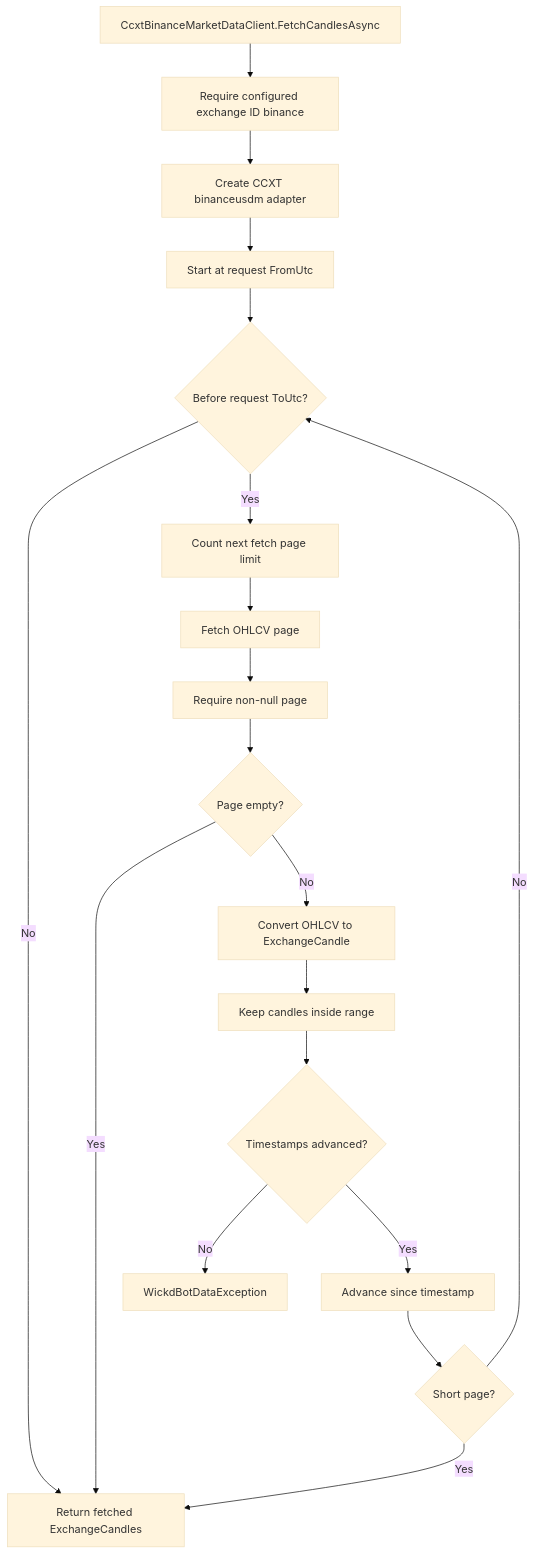
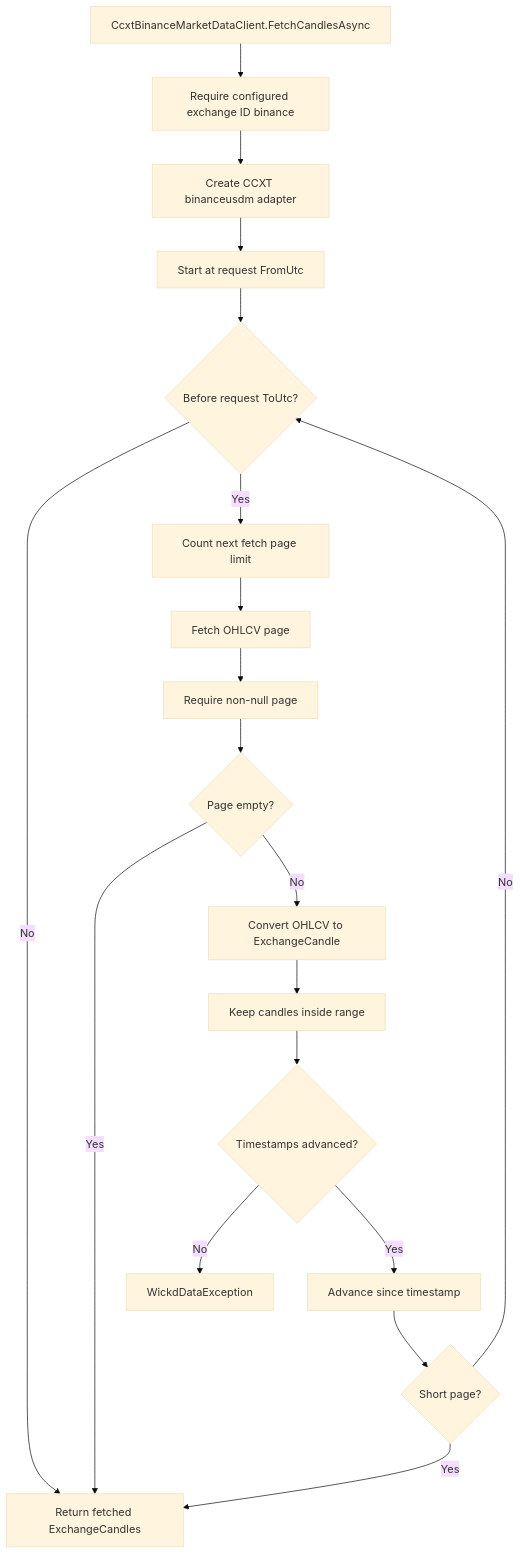
The third of 6 diagrams in docs/business-flows.md (WickdAlgo/wickdbot-dotnet), drawn with Mermaid (base theme) before and after one commit. The commit also changed other lines of this file and 158 other files, not shown here.

First line of the commit message:
WickdBot to Wickd: docs, config, and package rename

````diff
--- a/docs/business-flows.md
+++ b/docs/business-flows.md
@@ -80,21 +80,21 @@
 ```mermaid
 flowchart TD
     A["CcxtBinanceMarketDataClient.FetchCandlesAsync"] --> B["Require configured exchange ID binance"]
     B --> C["Create CCXT binanceusdm adapter"]
     C --> D["Start at request FromUtc"]
     D --> E{"Before request ToUtc?"}
     E -->|No| F["Return fetched ExchangeCandles"]
     E -->|Yes| G["Count next fetch page limit"]
     G --> H["Fetch OHLCV page"]
     H --> I["Require non-null page"]
     I --> J{"Page empty?"}
     J -->|Yes| F
     J -->|No| K["Convert OHLCV to ExchangeCandle"]
     K --> L["Keep candles inside range"]
     L --> M{"Timestamps advanced?"}
-    M -->|No| N["WickdBotDataException"]
+    M -->|No| N["WickdDataException"]
     M -->|Yes| O["Advance since timestamp"]
     O --> P{"Short page?"}
     P -->|Yes| F
     P -->|No| E
 ```
````
